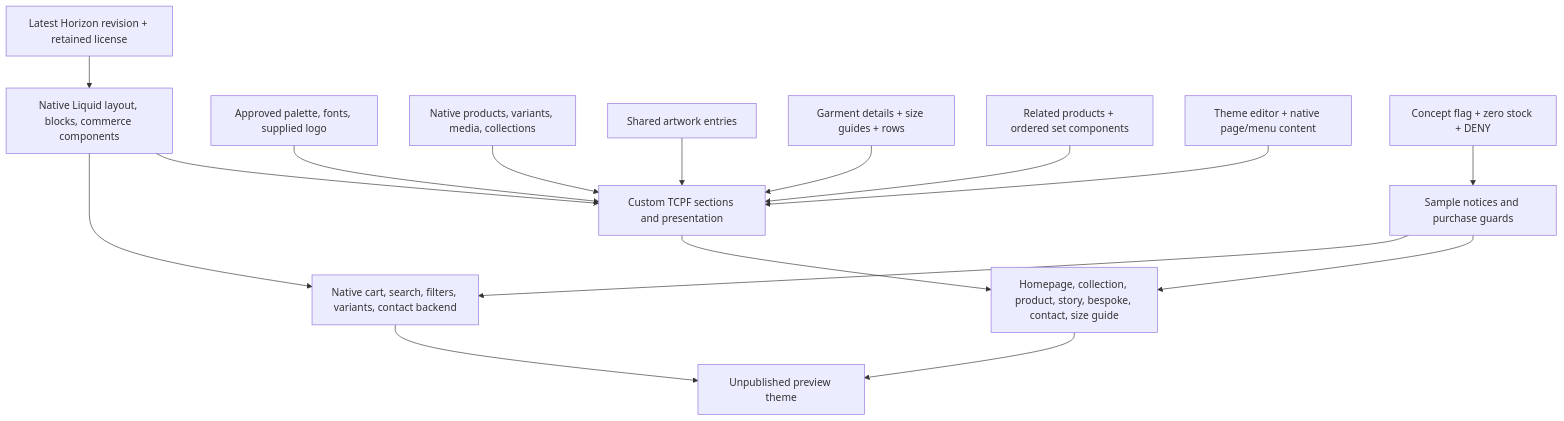
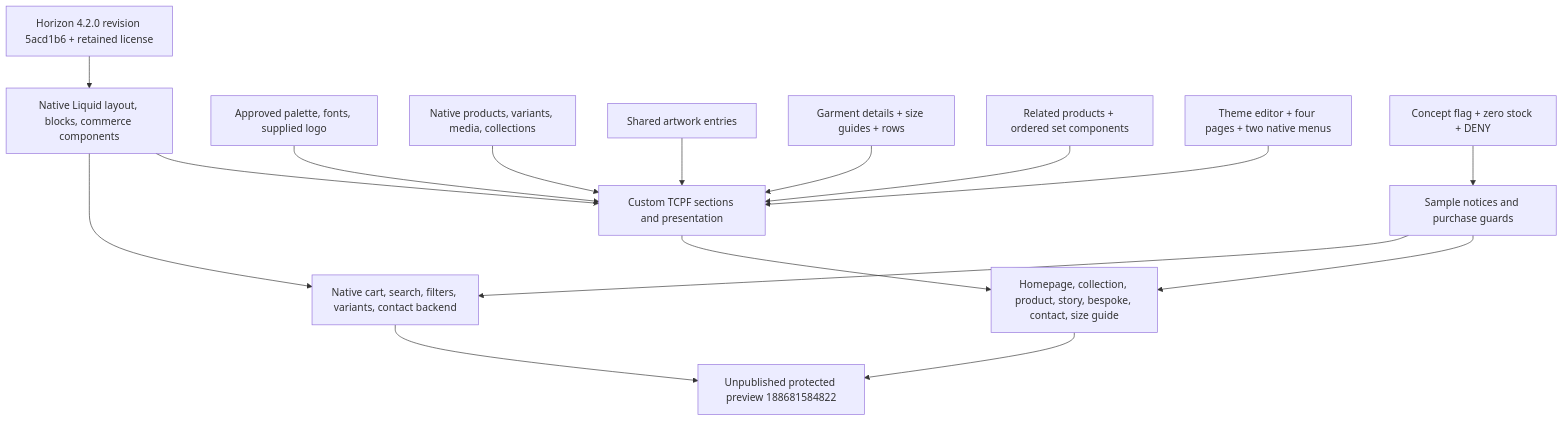
One commit to juppy-dev/tcpfbasics changed the first of 2 diagrams in docs/diagrams/shopify-theme-architecture.md. Above: the diagram before and after it, drawn with Mermaid. The commit also changed other lines of this file and 7 other files, not shown here.

````diff
--- a/docs/diagrams/shopify-theme-architecture.md
+++ b/docs/diagrams/shopify-theme-architecture.md
@@ -5,18 +5,18 @@
 ```mermaid
 flowchart TD
-    H[Latest Horizon revision + retained license] --> N[Native Liquid layout, blocks, commerce components]
+    H[Horizon 4.2.0 revision 5acd1b6 + retained license] --> N[Native Liquid layout, blocks, commerce components]
     B[Approved palette, fonts, supplied logo] --> UI[Custom TCPF sections and presentation]
     N --> UI
     P[Native products, variants, media, collections] --> UI
     A[Shared artwork entries] --> UI
     G[Garment details + size guides + rows] --> UI
     R[Related products + ordered set components] --> UI
-    E[Theme editor + native page/menu content] --> UI
+    E[Theme editor + four pages + two native menus] --> UI
     UI --> T[Homepage, collection, product, story, bespoke, contact, size guide]
     N --> C[Native cart, search, filters, variants, contact backend]
     S[Concept flag + zero stock + DENY] --> GUARD[Sample notices and purchase guards]
     GUARD --> T
     GUARD --> C
-    T --> V[Unpublished preview theme]
+    T --> V[Unpublished protected preview 188681584822]
     C --> V
 ```
````
